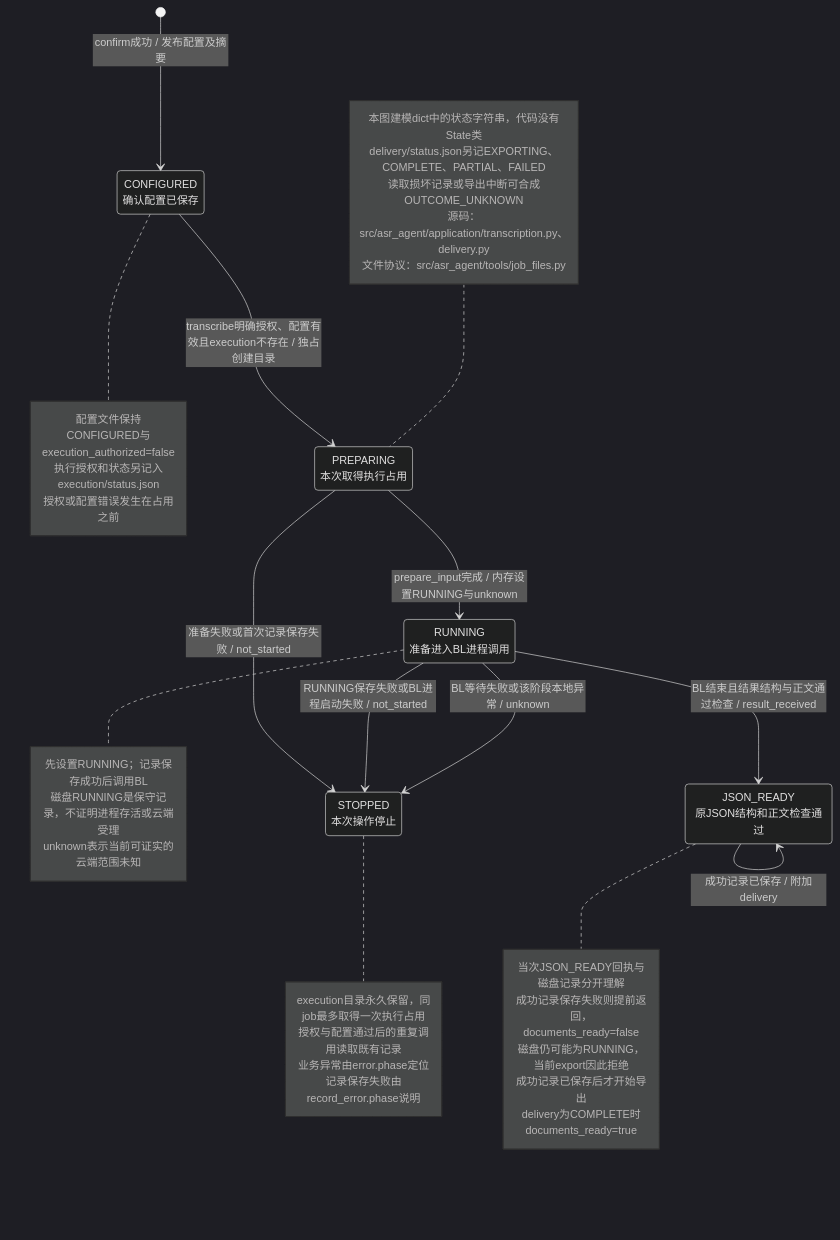
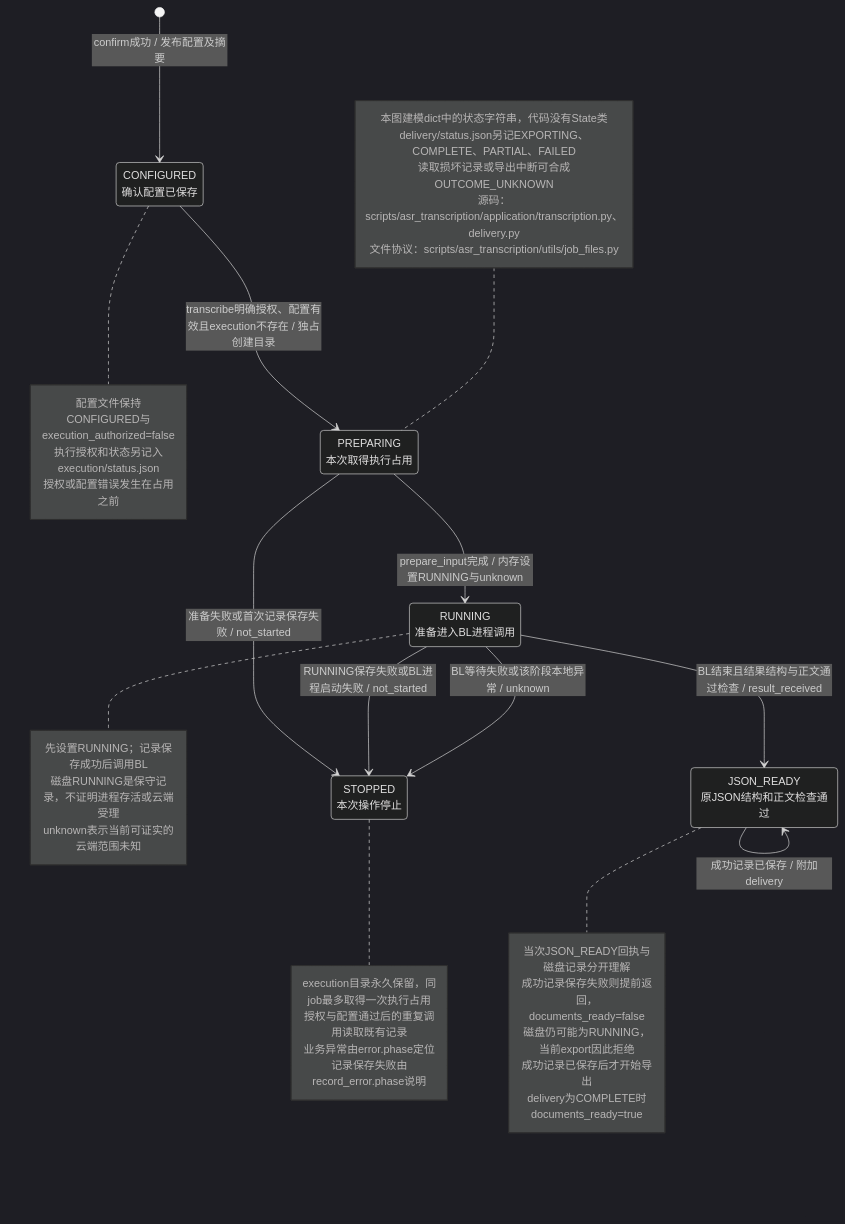
The diagram in doc/uml/07-state.mmd (hx101700/asr-agent), drawn with Mermaid (dark theme) before and after one commit. The commit also changed 131 other files, not shown here.

```diff
--- a/doc/uml/07-state.mmd
+++ b/doc/uml/07-state.mmd
@@ -1,45 +1,45 @@
 stateDiagram-v2
 direction TB
 state "CONFIGURED<br/>确认配置已保存" as Configured
 state "PREPARING<br/>本次取得执行占用" as Preparing
 state "RUNNING<br/>准备进入BL进程调用" as Running
 state "STOPPED<br/>本次操作停止" as Stopped
 state "JSON_READY<br/>原JSON结构和正文检查通过" as JsonReady
 [*] --> Configured : confirm成功 / 发布配置及摘要
 Configured --> Preparing : transcribe明确授权、配置有效且execution不存在 / 独占创建目录
 Preparing --> Running : prepare_input完成 / 内存设置RUNNING与unknown
 Preparing --> Stopped : 准备失败或首次记录保存失败 / not_started
 Running --> Stopped : RUNNING保存失败或BL进程启动失败 / not_started
 Running --> Stopped : BL等待失败或该阶段本地异常 / unknown
 Running --> JsonReady : BL结束且结果结构与正文通过检查 / result_received
 JsonReady --> JsonReady : 成功记录已保存 / 附加delivery
 note right of Configured
   配置文件保持CONFIGURED与execution_authorized=false
   执行授权和状态另记入execution/status.json
   授权或配置错误发生在占用之前
 end note
 note right of Running
   先设置RUNNING；记录保存成功后调用BL
   磁盘RUNNING是保守记录，不证明进程存活或云端受理
   unknown表示当前可证实的云端范围未知
 end note
 note right of Stopped
   execution目录永久保留，同job最多取得一次执行占用
   授权与配置通过后的重复调用读取既有记录
   业务异常由error.phase定位
   记录保存失败由record_error.phase说明
 end note
 note right of JsonReady
   当次JSON_READY回执与磁盘记录分开理解
   成功记录保存失败则提前返回，documents_ready=false
   磁盘仍可能为RUNNING，当前export因此拒绝
   成功记录已保存后才开始导出
   delivery为COMPLETE时documents_ready=true
 end note
 note left of Preparing
   本图建模dict中的状态字符串，代码没有State类
   delivery/status.json另记EXPORTING、COMPLETE、PARTIAL、FAILED
   读取损坏记录或导出中断可合成OUTCOME_UNKNOWN
-  源码：src/asr_agent/application/transcription.py、delivery.py
-  文件协议：src/asr_agent/tools/job_files.py
+  源码：scripts/asr_transcription/application/transcription.py、delivery.py
+  文件协议：scripts/asr_transcription/utils/job_files.py
 end note
```
